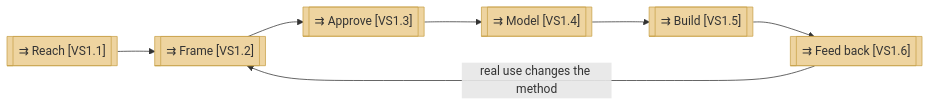
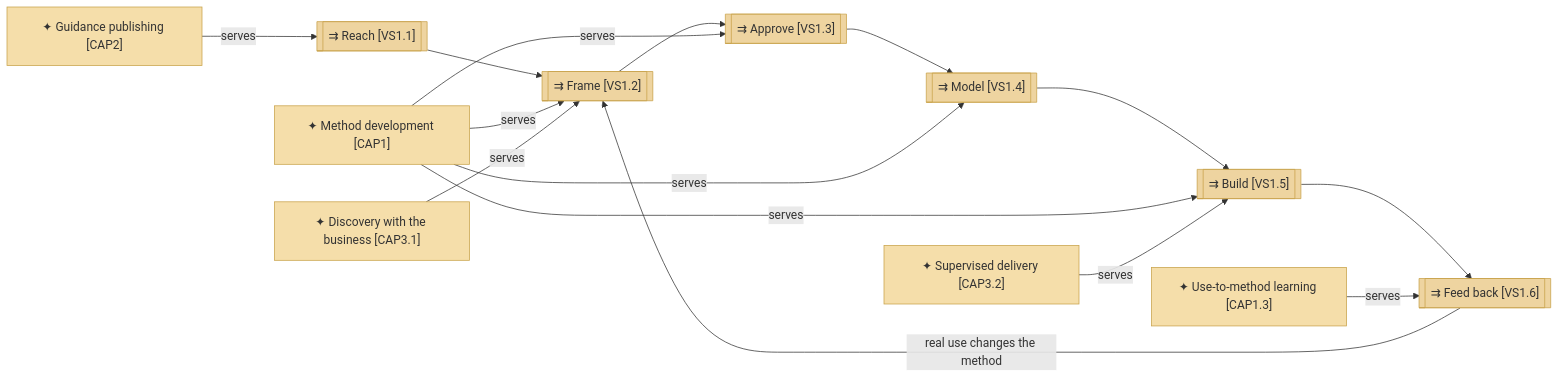
One commit to roanboc/architecture-archreator changed the fifth of 5 diagrams in org-archreator/architecture/1_strategy/2_capabilities-and-value-stream.md. Above: the diagram before and after it, drawn with Mermaid. The commit also changed other lines of this file and 17 other files, not shown here.

````diff
--- a/org-archreator/architecture/1_strategy/2_capabilities-and-value-stream.md
+++ b/org-archreator/architecture/1_strategy/2_capabilities-and-value-stream.md
@@ -100,14 +176,30 @@
 ```mermaid
 flowchart LR
   vs1[["⇉ Reach [VS1.1]"]]:::vsx
   vs2[["⇉ Frame [VS1.2]"]]:::vsx
   vs3[["⇉ Approve [VS1.3]"]]:::vsx
   vs4[["⇉ Model [VS1.4]"]]:::vsx
   vs5[["⇉ Build [VS1.5]"]]:::vsx
   vs6[["⇉ Feed back [VS1.6]"]]:::vsx
 
   vs1 --> vs2 --> vs3 --> vs4 --> vs5 --> vs6
   vs6 -->|real use changes the method| vs2
 
+  cap2["✦ Guidance publishing [CAP2]"]:::capability
+  cap1["✦ Method development [CAP1]"]:::capability
+  cap31["✦ Discovery with the business [CAP3.1]"]:::capability
+  cap32["✦ Supervised delivery [CAP3.2]"]:::capability
+  cap13["✦ Use-to-method learning [CAP1.3]"]:::capability
+
+  cap2 -->|serves| vs1
+  cap1 -->|serves| vs2
+  cap1 -->|serves| vs3
+  cap1 -->|serves| vs4
+  cap1 -->|serves| vs5
+  cap31 -->|serves| vs2
+  cap32 -->|serves| vs5
+  cap13 -->|serves| vs6
+
   classDef vsx fill:#eed4a0,stroke:#c8a24a,color:#333
+  classDef capability fill:#f5deaa,stroke:#c8a24a,color:#333
 ```
````
